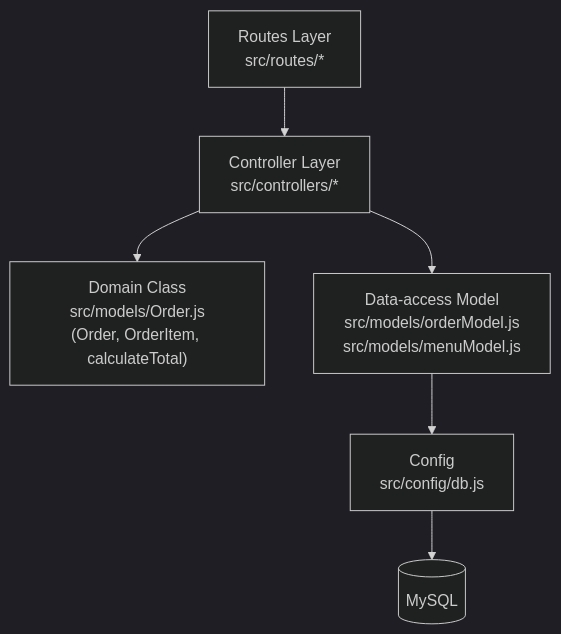
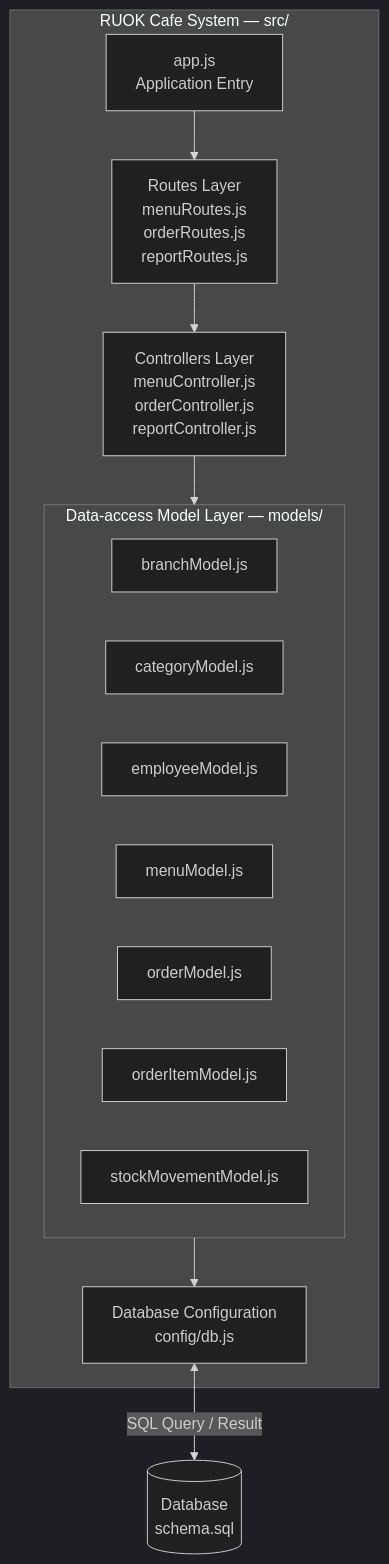
The second of 2 diagrams in wk11-architecture.md (67160185/RUOK--cafe-system), drawn with Mermaid (dark theme) before and after one commit. The commit also changed other lines of this file, not shown here.

Commit message:
wk11-architecture.md

````diff
--- a/wk11-architecture.md
+++ b/wk11-architecture.md
@@ -43,15 +42,29 @@
 ```mermaid
-flowchart TD
-    Routes["Routes Layer<br/>src/routes/*"]
-    Controllers["Controller Layer<br/>src/controllers/*"]
-    Domain["Domain Class<br/>src/models/Order.js<br/>(Order, OrderItem, calculateTotal)"]
-    DataModel["Data-access Model<br/>src/models/orderModel.js<br/>src/models/menuModel.js"]
-    Config["Config<br/>src/config/db.js"]
-    MySQL[("MySQL")]
+flowchart TB
+    subgraph SRC["RUOK Cafe System — src/"]
+        App["app.js<br/>Application Entry"]
+        Routes["Routes Layer<br/>menuRoutes.js<br/>orderRoutes.js<br/>reportRoutes.js"]
 
-    Routes --> Controllers
-    Controllers --> Domain
-    Controllers --> DataModel
-    DataModel --> Config
-    Config --> MySQL
+        Controllers["Controllers Layer<br/>menuController.js<br/>orderController.js<br/>reportController.js"]
+
+        subgraph Models["Data-access Model Layer — models/"]
+            BranchModel["branchModel.js"]
+            CategoryModel["categoryModel.js"]
+            EmployeeModel["employeeModel.js"]
+            MenuModel["menuModel.js"]
+            OrderModel["orderModel.js"]
+            OrderItemModel["orderItemModel.js"]
+            StockModel["stockMovementModel.js"]
+        end
+
+        DBConfig["Database Configuration<br/>config/db.js"]
+
+        App --> Routes
+        Routes --> Controllers
+        Controllers --> Models
+        Models --> DBConfig
+    end
+
+    Database[("Database<br/>schema.sql")]
+    DBConfig <-->|"SQL Query / Result"| Database
 ```
````
